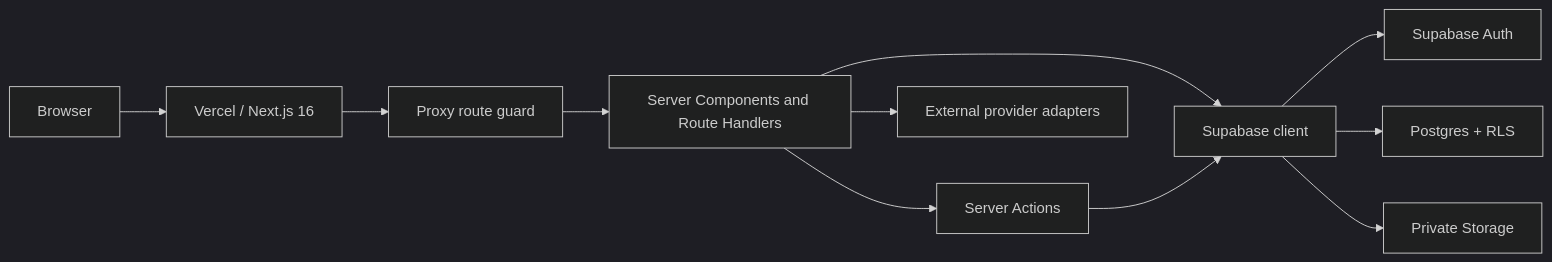
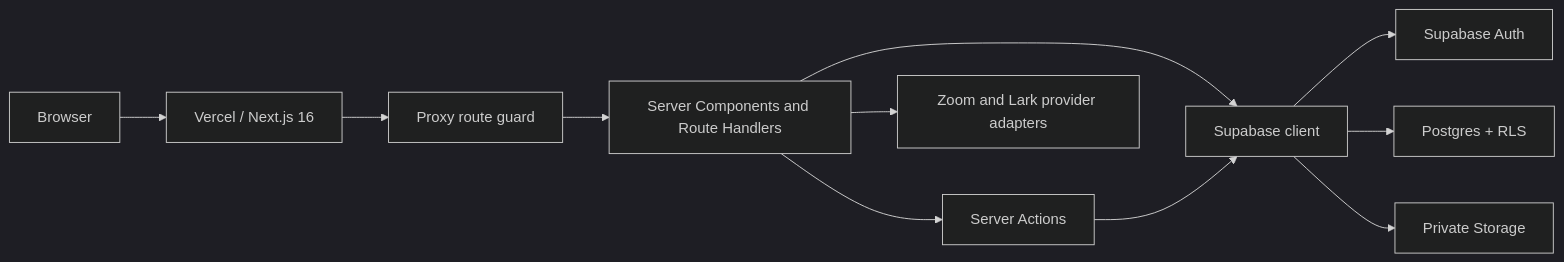
The first of 2 diagrams in docs/architecture/system-overview.md (AGA-Ventures/plexus), drawn with Mermaid (dark theme) before and after one commit. The commit also changed other lines of this file and 28 other files, not shown here.

````diff
--- a/docs/architecture/system-overview.md
+++ b/docs/architecture/system-overview.md
@@ -9,13 +9,13 @@
 ```mermaid
 flowchart LR
     U["Browser"] --> V["Vercel / Next.js 16"]
     V --> P["Proxy route guard"]
     P --> R["Server Components and Route Handlers"]
     R --> A["Server Actions"]
     R --> S["Supabase client"]
     A --> S
     S --> AU["Supabase Auth"]
     S --> DB["Postgres + RLS"]
     S --> ST["Private Storage"]
-    R --> X["External provider adapters"]
+    R --> X["Zoom and Lark provider adapters"]
 ```
````
